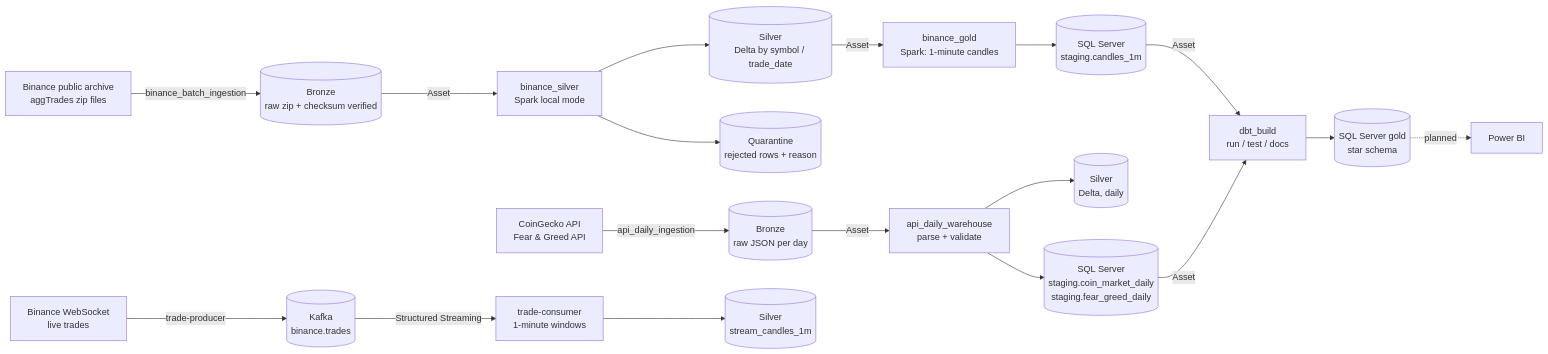
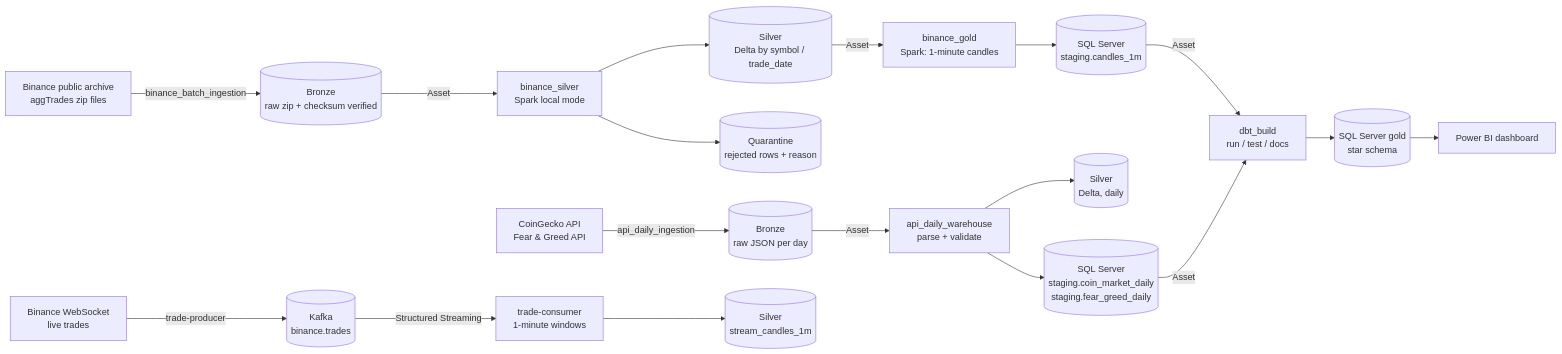
One commit to yusuf-kamal/crypto-platform changed the first of 2 diagrams in README.md. Above: the diagram before and after it, drawn with Mermaid. The commit also changed other lines of this file, not shown here.

````diff
--- a/README.md
+++ b/README.md
@@ -60,20 +61,20 @@
 ```mermaid
 flowchart LR
     A[Binance public archive<br/>aggTrades zip files] -->|binance_batch_ingestion| B[(Bronze<br/>raw zip + checksum verified)]
     B -->|Asset| C[binance_silver<br/>Spark local mode]
     C --> D[(Silver<br/>Delta by symbol / trade_date)]
     C --> Q[(Quarantine<br/>rejected rows + reason)]
     D -->|Asset| E[binance_gold<br/>Spark: 1-minute candles]
     E --> F[(SQL Server<br/>staging.candles_1m)]
     F -->|Asset| N[dbt_build<br/>run / test / docs]
     N --> G[(SQL Server gold<br/>star schema)]
     I[CoinGecko API<br/>Fear & Greed API] -->|api_daily_ingestion| J[(Bronze<br/>raw JSON per day)]
     J -->|Asset| K[api_daily_warehouse<br/>parse + validate]
     K --> L[(Silver<br/>Delta, daily)]
     K --> M[(SQL Server<br/>staging.coin_market_daily<br/>staging.fear_greed_daily)]
     M -->|Asset| N
     S[Binance WebSocket<br/>live trades] -->|trade-producer| T[(Kafka<br/>binance.trades)]
     T -->|Structured Streaming| U[trade-consumer<br/>1-minute windows]
     U --> V[(Silver<br/>stream_candles_1m)]
-    G -.->|planned| H[Power BI]
+    G --> H[Power BI dashboard]
 ```
````
